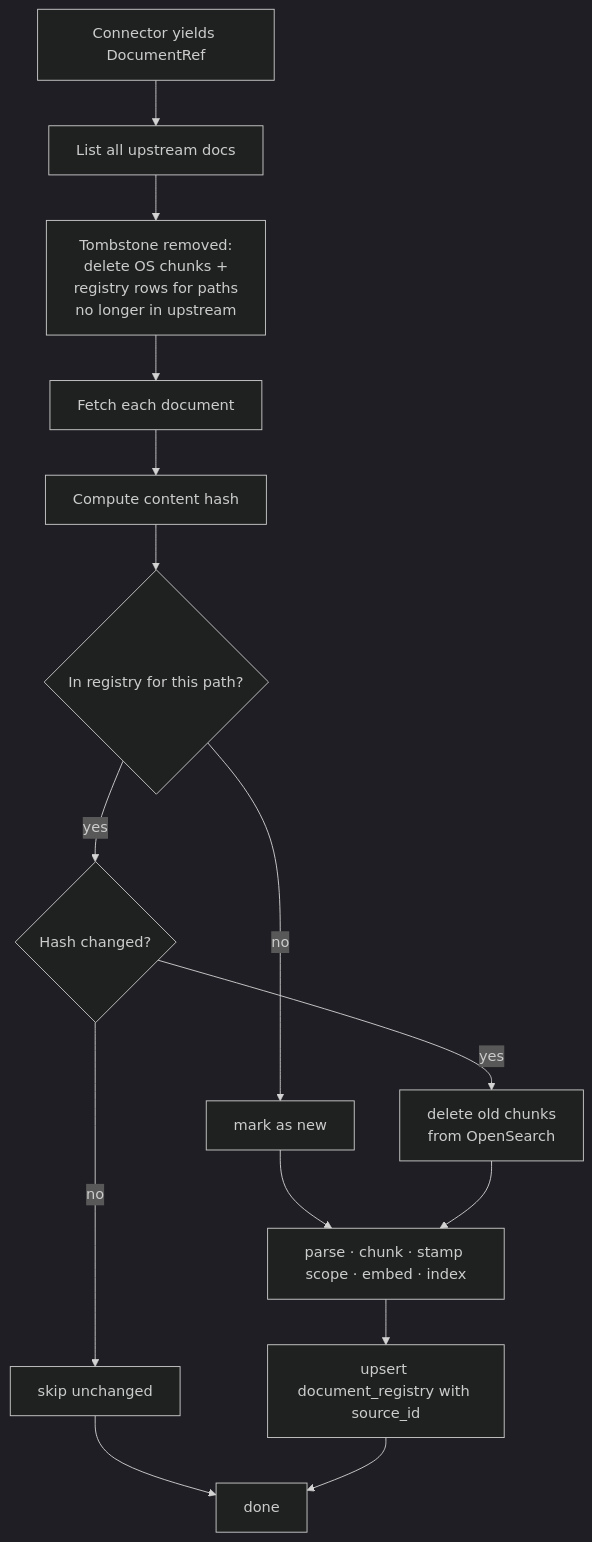
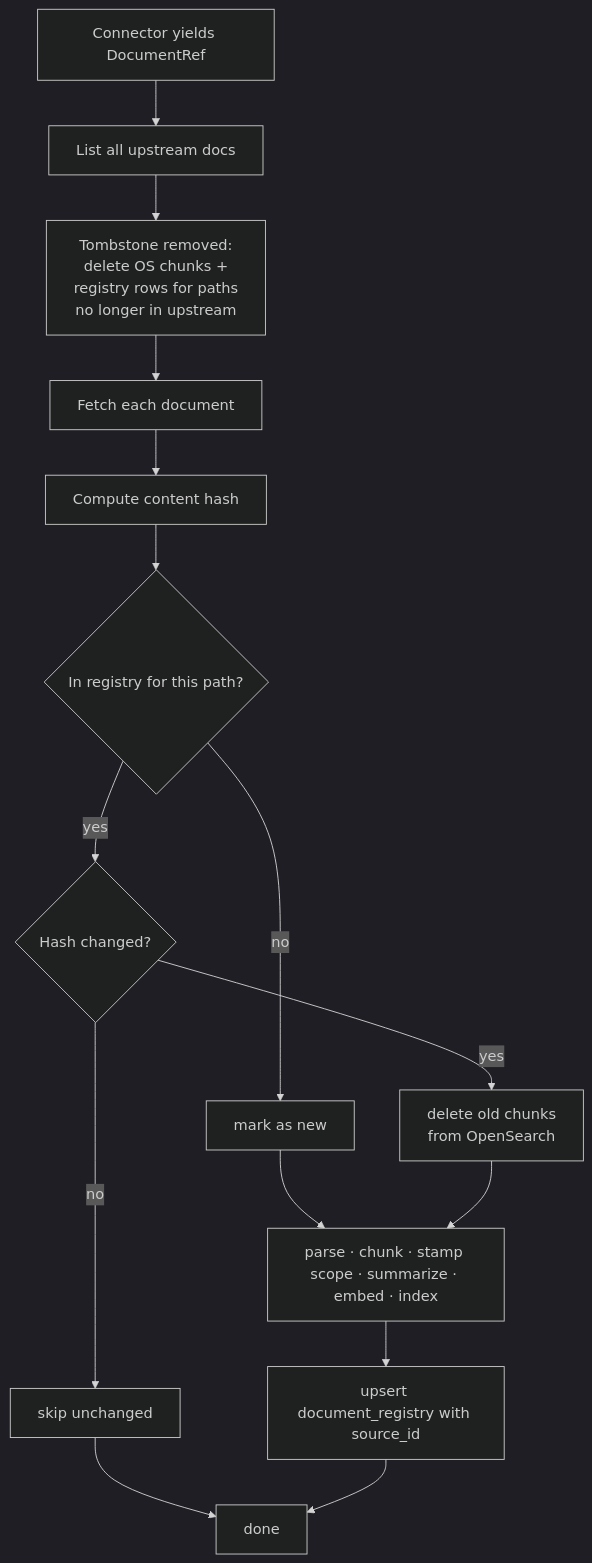
One commit to gurungabit/prism changed the third of 5 diagrams in docs/data-flow.md. Above: the diagram before and after it, drawn with Mermaid (dark theme). The commit also changed other lines of this file and 16 other files, not shown here.

````diff
--- a/docs/data-flow.md
+++ b/docs/data-flow.md
@@ -132,17 +132,17 @@
 ```mermaid
 flowchart TD
     START[Connector yields DocumentRef] --> LIST[List all upstream docs]
     LIST --> TOMB[Tombstone removed:<br/>delete OS chunks +<br/>registry rows for paths<br/>no longer in upstream]
     TOMB --> FETCH[Fetch each document]
     FETCH --> HASH[Compute content hash]
     HASH --> CHECK{In registry for this path?}
     CHECK -->|no| NEW[mark as new]
     CHECK -->|yes| COMPARE{Hash changed?}
     COMPARE -->|no| SKIP[skip unchanged]
     COMPARE -->|yes| UPDATE[delete old chunks<br/>from OpenSearch]
-    NEW --> PROCESS[parse · chunk · stamp scope · embed · index]
+    NEW --> PROCESS[parse · chunk · stamp scope · summarize · embed · index]
     UPDATE --> PROCESS
     PROCESS --> REG[upsert document_registry with source_id]
     SKIP --> DONE[done]
     REG --> DONE
 ```
````
